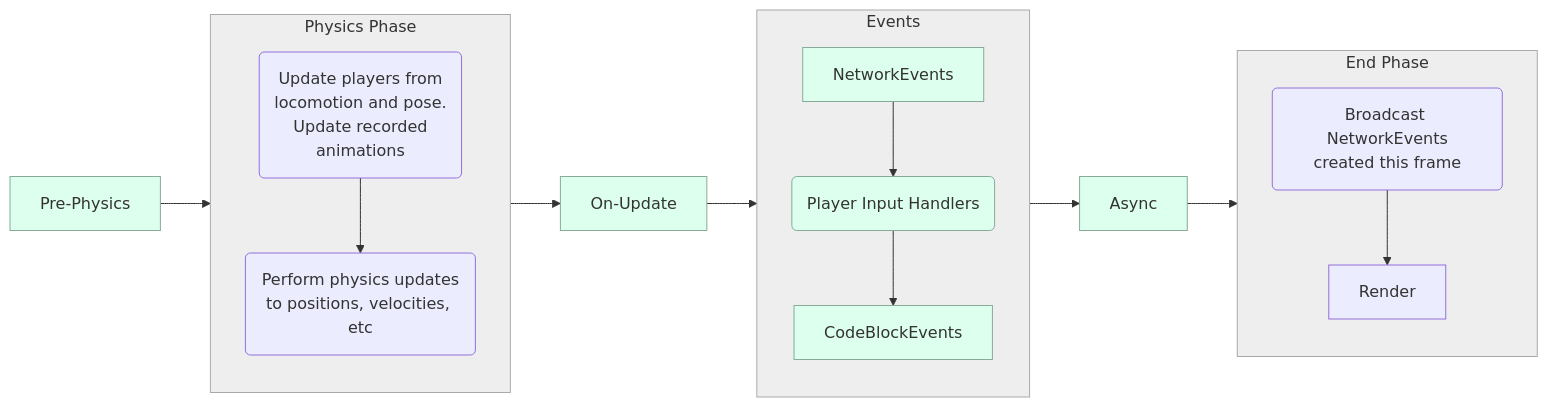
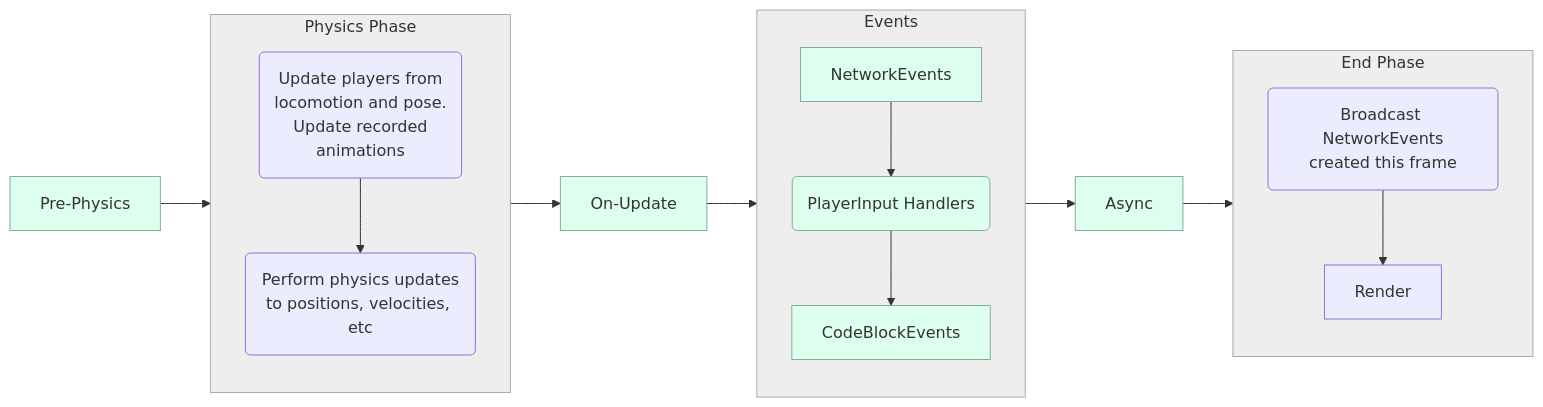
One commit to MHCPCreators/horizonCreatorManual changed the fifth of 8 diagrams in HorizonTechnicalDoc.md. Above: the diagram before and after it, drawn with Mermaid. The commit also changed other lines of this file, not shown here.

````diff
--- a/HorizonTechnicalDoc.md
+++ b/HorizonTechnicalDoc.md
@@ -1885,28 +1885,28 @@
 ```mermaid
 flowchart LR
   subgraph Physics [Physics Phase]
     locomotion(Update players from<br/>locomotion and pose.<br/>Update recorded<br/>animations) --> physicsStep(Perform physics updates<br/>to positions, velocities, etc)
   end
 
   subgraph Events
-    NetworkEvents --> PlayerInputHandlers(Player Input Handlers) --> CodeBlockEvents
+    NetworkEvents --> PlayerInputHandlers(PlayerInput Handlers) --> CodeBlockEvents
   end
 
   subgraph EndFrame [End Phase]
     broadcast(Broadcast NetworkEvents<br/>created this frame) --> Render
   end
 
   Pre-Physics --> Physics --> On-Update --> Events --> Async --> EndFrame
 
   style Physics fill:#eee,stroke:#aaa
   style Events fill:#eee,stroke:#aaa
   style EndFrame fill:#eee,stroke:#aaa
 
   %% Scripting
   style Async fill:#dfe,stroke:#8a9
   style Pre-Physics fill:#dfe,stroke:#8a9
   style On-Update fill:#dfe,stroke:#8a9
   style NetworkEvents fill:#dfe,stroke:#8a9
   style PlayerInputHandlers fill:#dfe,stroke:#8a9
   style CodeBlockEvents fill:#dfe,stroke:#8a9
 ```
````
